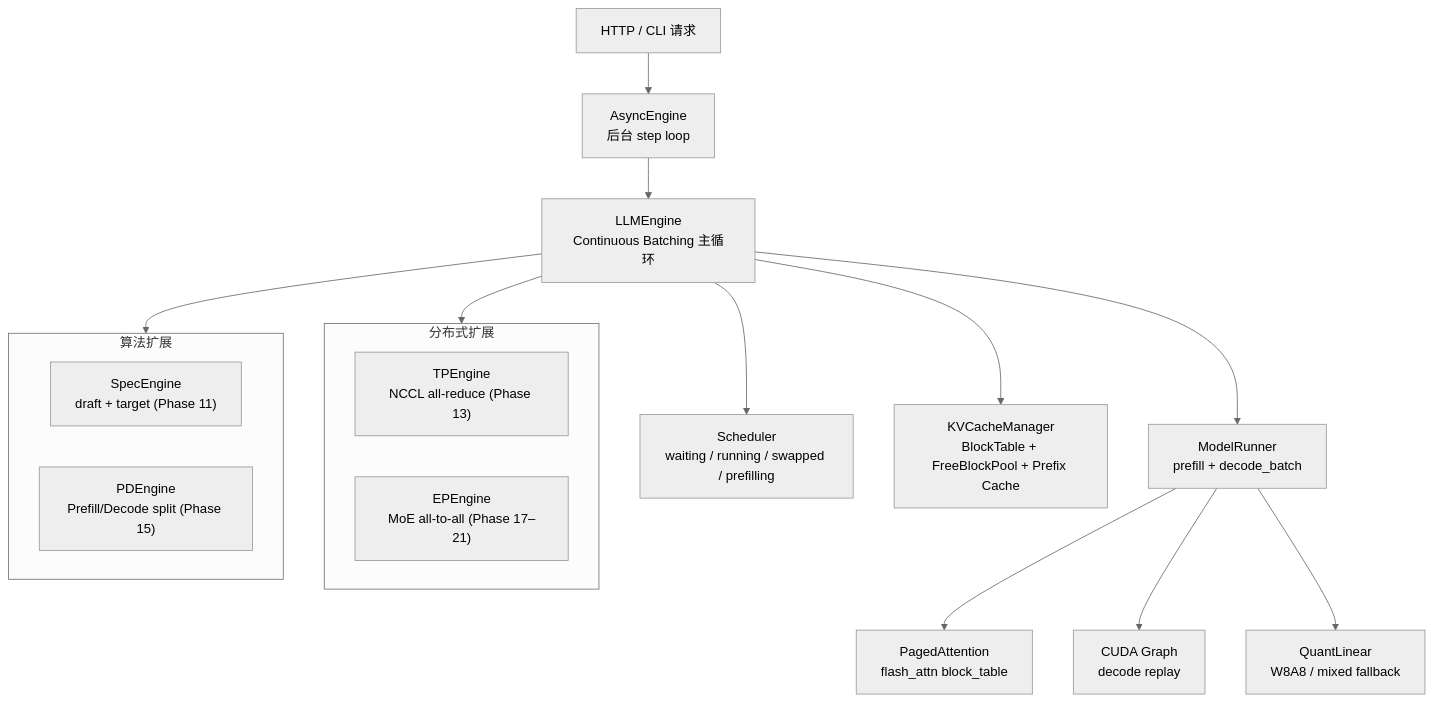
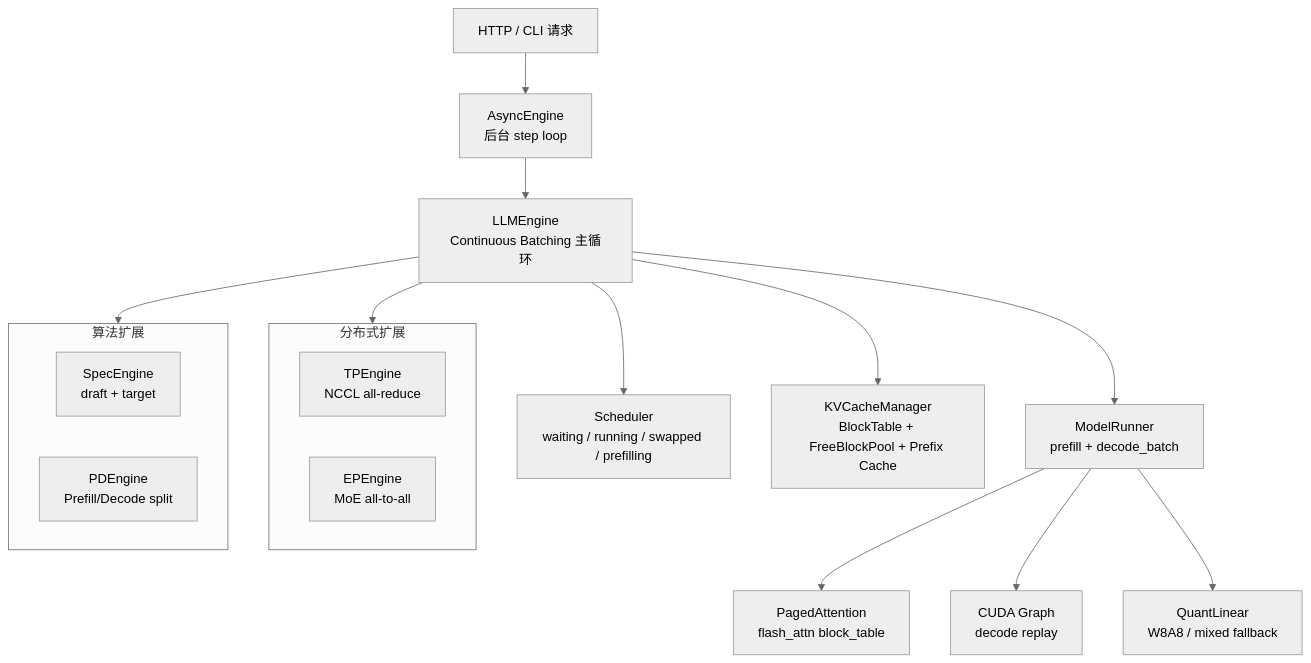
Before and after one commit to shallowdream2/mini-infer: the diagram in README.md, drawn with Mermaid (neutral theme). The commit also changed other lines of this file and 1 other file, not shown here.

````diff
--- a/README.md
+++ b/README.md
@@ -99,24 +71,24 @@
 ```mermaid
 graph TD
     A["HTTP / CLI 请求"] --> B["AsyncEngine\n后台 step loop"]
     B --> C["LLMEngine\nContinuous Batching 主循环"]
     C --> D["Scheduler\nwaiting / running / swapped / prefilling"]
     C --> E["KVCacheManager\nBlockTable + FreeBlockPool + Prefix Cache"]
     C --> F["ModelRunner\nprefill + decode_batch"]
     F --> G["PagedAttention\nflash_attn block_table"]
     F --> H["CUDA Graph\ndecode replay"]
     F --> I["QuantLinear\nW8A8 / mixed fallback"]
 
     subgraph dist ["分布式扩展"]
-        J["TPEngine\nNCCL all-reduce (Phase 13)"]
-        K["EPEngine\nMoE all-to-all (Phase 17–21)"]
+        J["TPEngine\nNCCL all-reduce"]
+        K["EPEngine\nMoE all-to-all"]
     end
 
     subgraph algo ["算法扩展"]
-        L["SpecEngine\ndraft + target (Phase 11)"]
-        M["PDEngine\nPrefill/Decode split (Phase 15)"]
+        L["SpecEngine\ndraft + target"]
+        M["PDEngine\nPrefill/Decode split"]
     end
 
     C --> dist
     C --> algo
 ```
````
